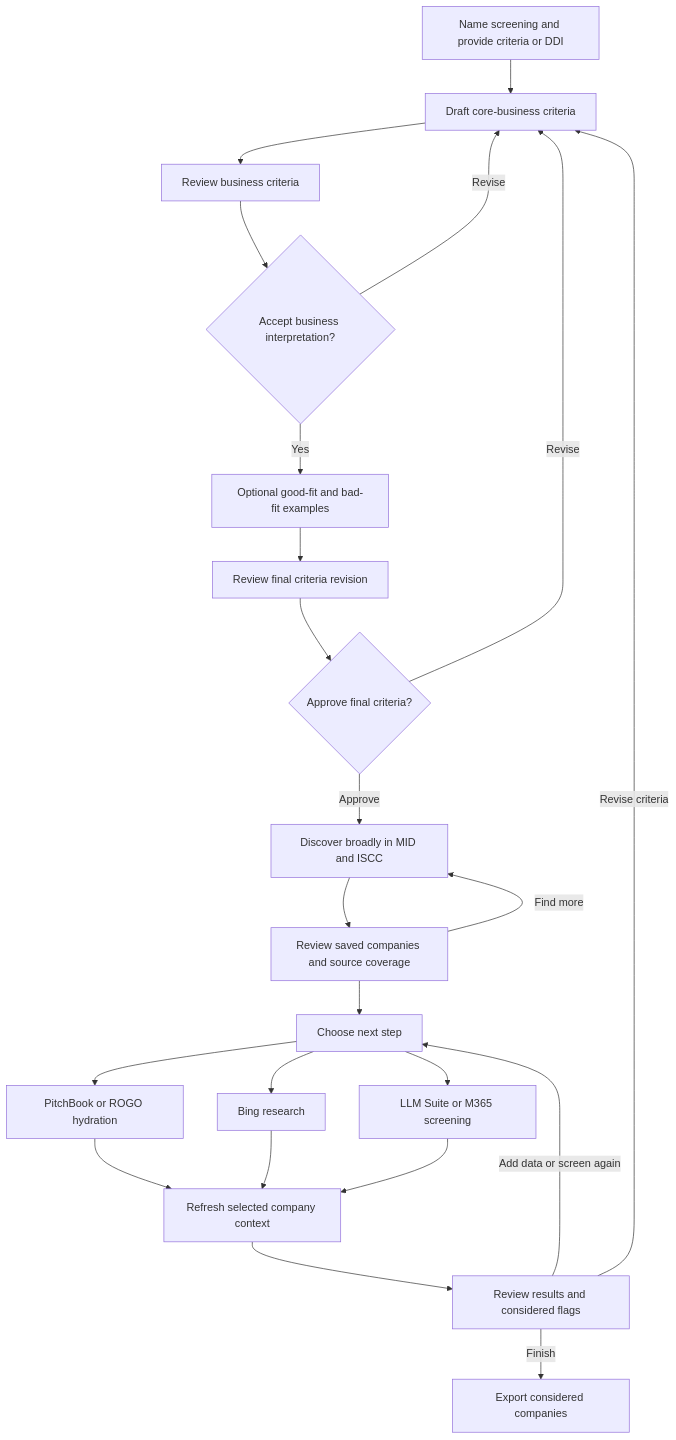
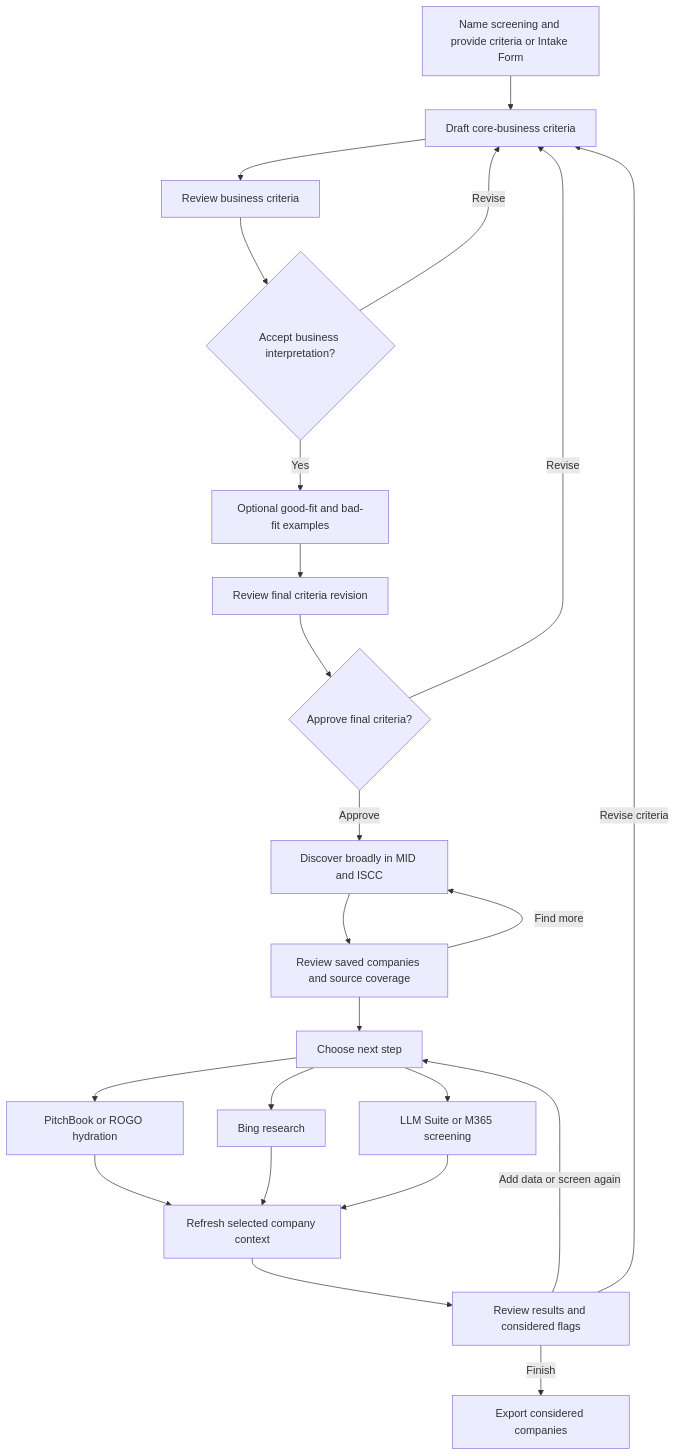
The first of 3 diagrams in mna-tools/docs/APPLICATION_FLOW_GUIDE.md (saksham-personal/local-first-mna-screening), drawn with Mermaid before and after one commit. The commit also changed other lines of this file and 19 other files, not shown here.

```diff
--- a/mna-tools/docs/APPLICATION_FLOW_GUIDE.md
+++ b/mna-tools/docs/APPLICATION_FLOW_GUIDE.md
@@ -37,25 +37,25 @@
 ~~~mermaid
 flowchart TD
-    A[Name screening and provide criteria or DDI] --> B[Draft core-business criteria]
+    A[Name screening and provide criteria or Intake Form] --> B[Draft core-business criteria]
     B --> C[Review business criteria]
     C --> D{Accept business interpretation?}
     D -- Revise --> B
     D -- Yes --> E[Optional good-fit and bad-fit examples]
     E --> F[Review final criteria revision]
     F --> G{Approve final criteria?}
     G -- Revise --> B
     G -- Approve --> H[Discover broadly in MID and ISCC]
     H --> I[Review saved companies and source coverage]
     I -- Find more --> H
     I --> J[Choose next step]
     J --> K[PitchBook or ROGO hydration]
     J --> L[Bing research]
     J --> M[LLM Suite or M365 screening]
     K --> N[Refresh selected company context]
     L --> N
     M --> N
     N --> O[Review results and considered flags]
     O -- Add data or screen again --> J
     O -- Revise criteria --> B
     O -- Finish --> P[Export considered companies]
 ~~~
```
